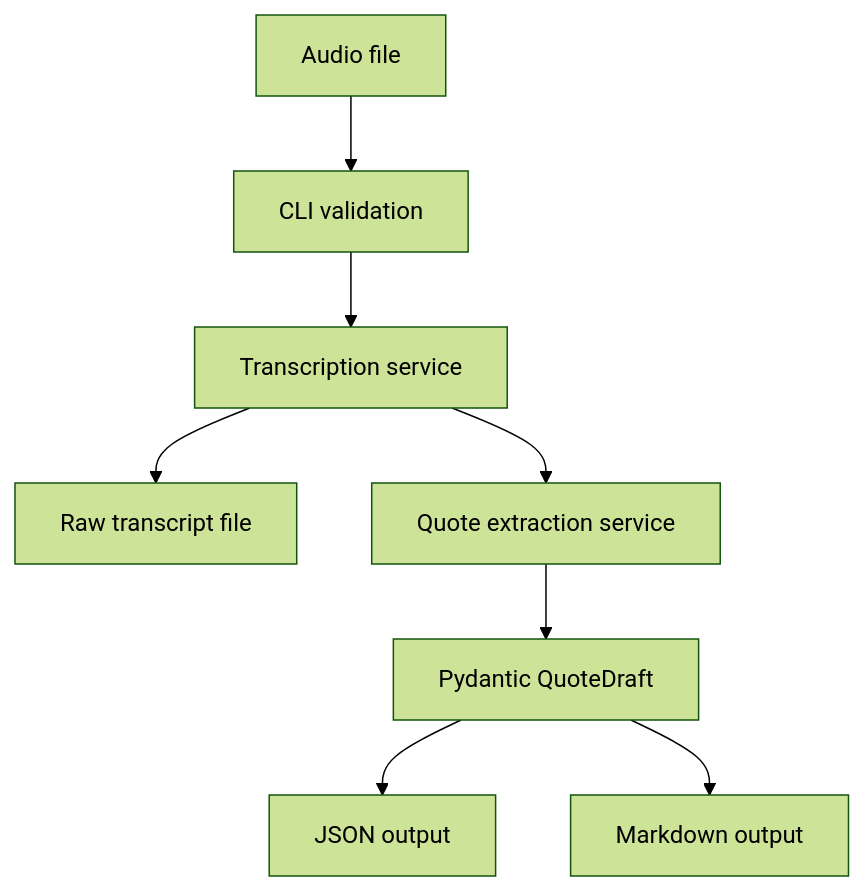
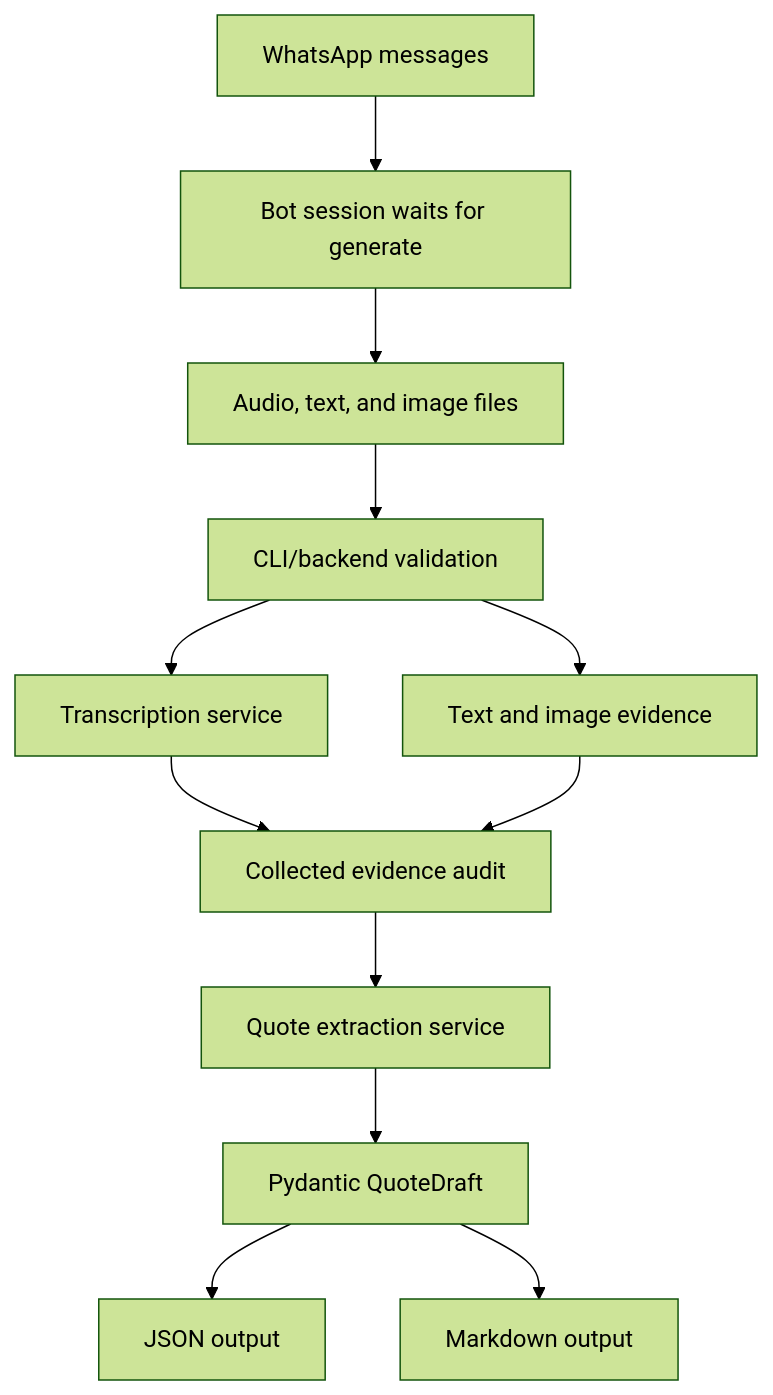
The diagram in README.md (rjuku/instantquote), drawn with Mermaid (forest theme) before and after one commit. The commit also changed other lines of this file and 11 other files, not shown here.

````diff
--- a/README.md
+++ b/README.md
@@ -56,10 +73,14 @@
 ```mermaid
 flowchart TD
-    A["Audio file"] --> B["CLI validation"]
-    B --> C["Transcription service"]
-    C --> D["Raw transcript file"]
-    C --> E["Quote extraction service"]
-    E --> F["Pydantic QuoteDraft"]
-    F --> G["JSON output"]
-    F --> H["Markdown output"]
+    A["WhatsApp messages"] --> B["Bot session waits for generate"]
+    B --> C["Audio, text, and image files"]
+    C --> D["CLI/backend validation"]
+    D --> E["Transcription service"]
+    D --> F["Text and image evidence"]
+    E --> G["Collected evidence audit"]
+    F --> G
+    G --> H["Quote extraction service"]
+    H --> I["Pydantic QuoteDraft"]
+    I --> J["JSON output"]
+    I --> K["Markdown output"]
 ```
````
